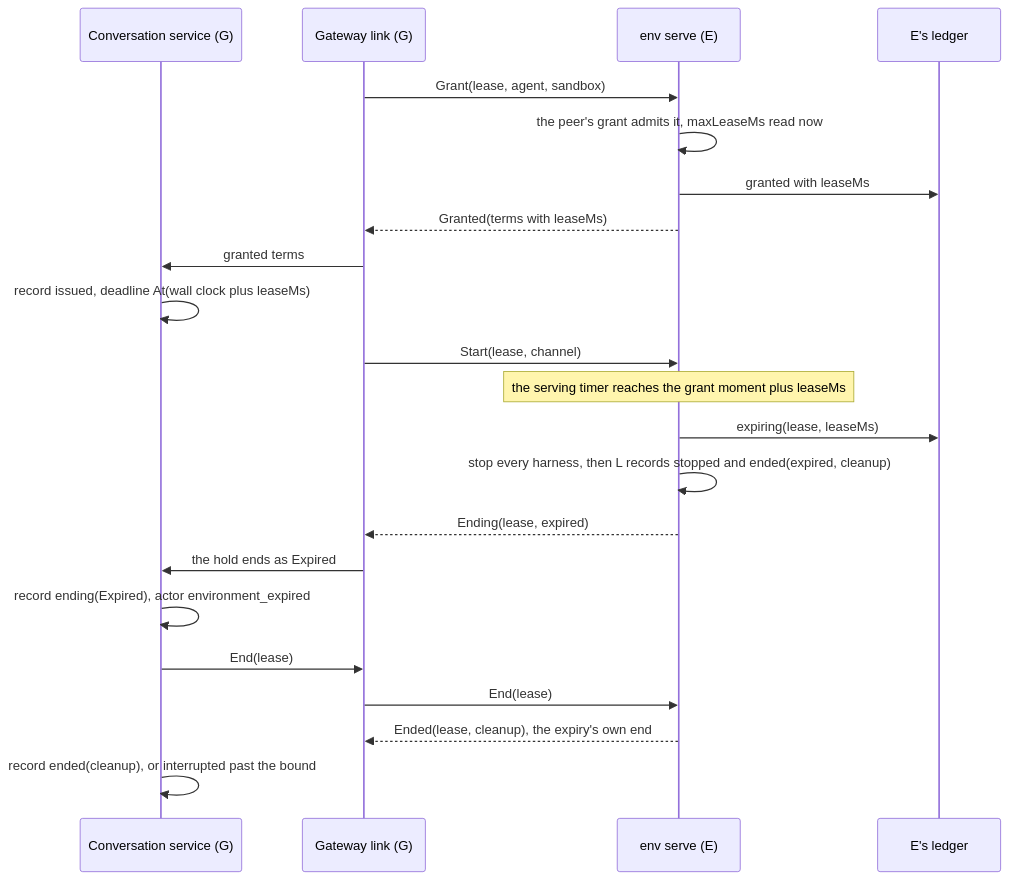
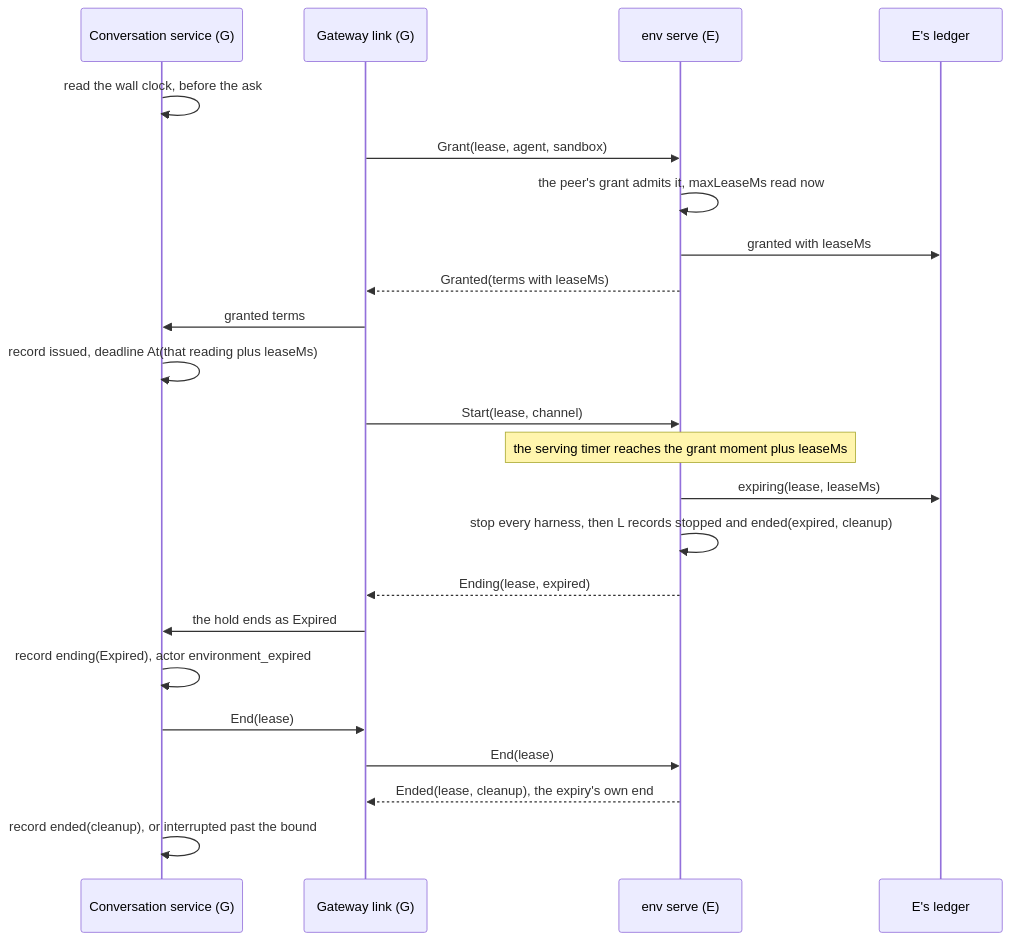
One commit to nessalabs/nessa-agent changed the sixth of 9 diagrams in docs/design/auth/peer-gateways.md. Above: the diagram before and after it, drawn with Mermaid. The commit also changed other lines of this file and 6 other files, not shown here.

````diff
--- a/docs/design/auth/peer-gateways.md
+++ b/docs/design/auth/peer-gateways.md
@@ -478,24 +488,25 @@
 ```mermaid
 sequenceDiagram
     participant C as Conversation service (G)
     participant G as Gateway link (G)
     participant E as env serve (E)
     participant L as E's ledger
+    C->>C: read the wall clock, before the ask
     G->>E: Grant(lease, agent, sandbox)
     E->>E: the peer's grant admits it, maxLeaseMs read now
     E->>L: granted with leaseMs
     E-->>G: Granted(terms with leaseMs)
     G->>C: granted terms
-    C->>C: record issued, deadline At(wall clock plus leaseMs)
+    C->>C: record issued, deadline At(that reading plus leaseMs)
     G->>E: Start(lease, channel)
     Note over E: the serving timer reaches the grant moment plus leaseMs
     E->>L: expiring(lease, leaseMs)
     E->>E: stop every harness, then L records stopped and ended(expired, cleanup)
     E-->>G: Ending(lease, expired)
     G->>C: the hold ends as Expired
     C->>C: record ending(Expired), actor environment_expired
     C->>G: End(lease)
     G->>E: End(lease)
     E-->>G: Ended(lease, cleanup), the expiry's own end
     C->>C: record ended(cleanup), or interrupted past the bound
 ```
````
